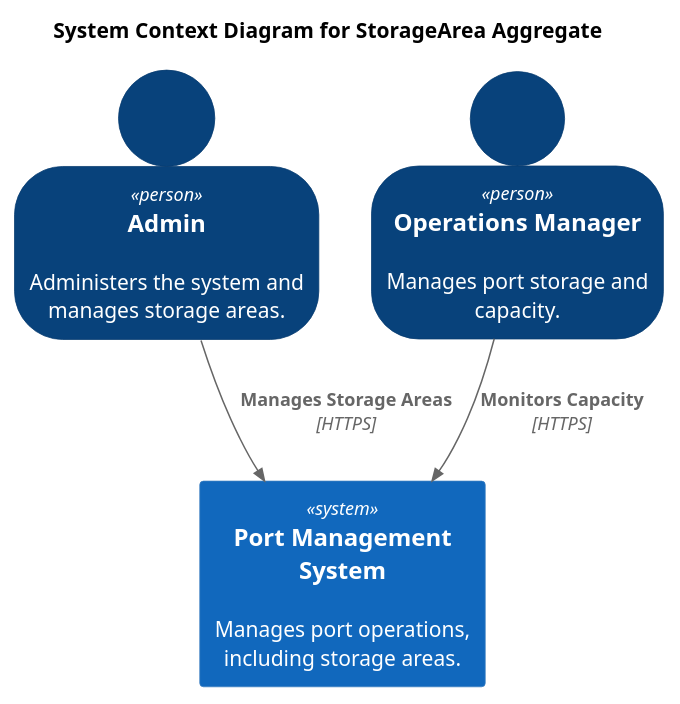
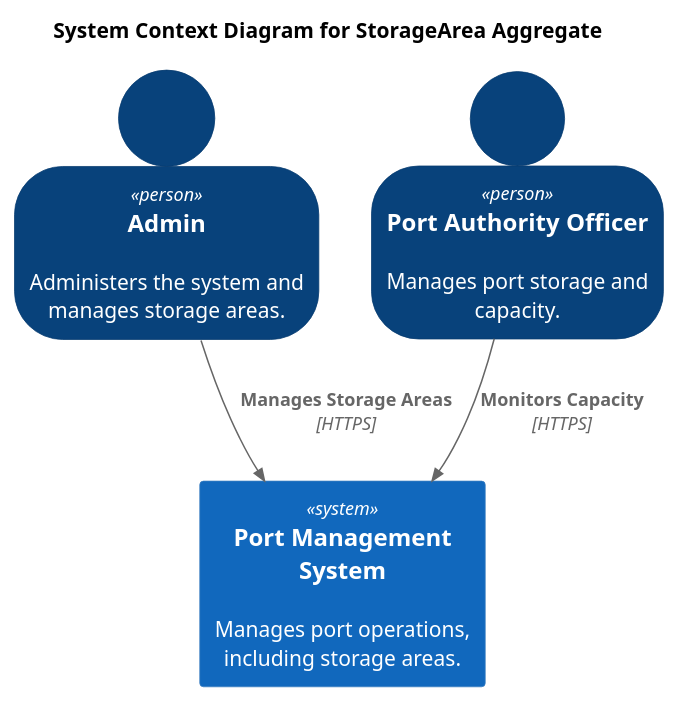
One commit to igor-coutinho22/Port_Management_System changed the diagram in docs/C4Diagrams/Aggregates/StorageArea/1_Context.puml. Above: the diagram before and after it, drawn with PlantUML. The commit also changed 10 other files, not shown here.

Commit message:
fixes in C4 diagrams names

```diff
--- a/docs/C4Diagrams/Aggregates/StorageArea/1_Context.puml
+++ b/docs/C4Diagrams/Aggregates/StorageArea/1_Context.puml
@@ -1,16 +1,16 @@
 @startuml
 !include https://raw.githubusercontent.com/plantuml-stdlib/C4-PlantUML/master/C4_Context.puml
 
 SHOW_PERSON_OUTLINE()
 
 title System Context Diagram for StorageArea Aggregate
 
 Person(admin, "Admin", "Administers the system and manages storage areas.")
-Person(opsManager, "Operations Manager", "Manages port storage and capacity.")
+Person(officer, "Port Authority Officer", "Manages port storage and capacity.")
 
 System(portSystem, "Port Management System", "Manages port operations, including storage areas.")
 
 Rel(admin, portSystem, "Manages Storage Areas", "HTTPS")
-Rel(opsManager, portSystem, "Monitors Capacity", "HTTPS")
+Rel(officer, portSystem, "Monitors Capacity", "HTTPS")
 
 @enduml
```
